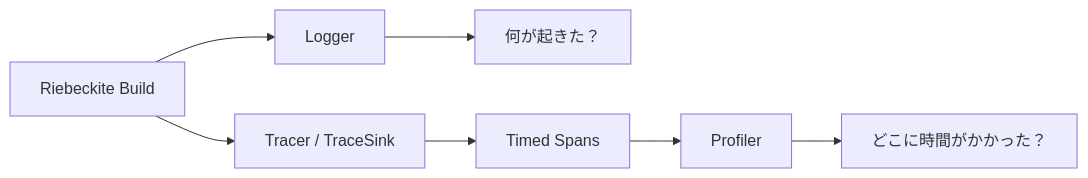
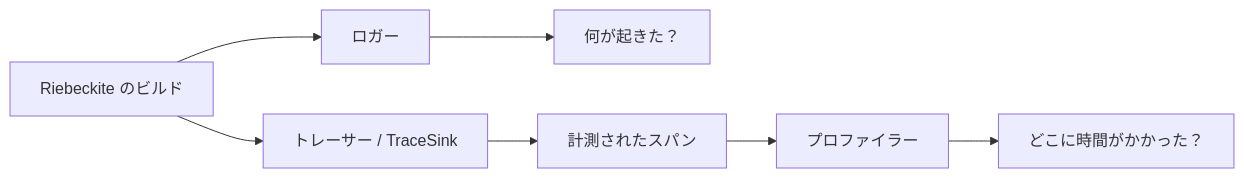
The first of 5 diagrams in docs/docs/framework/observability.ja.md (Rerurate514/riebeckite), drawn with Mermaid before and after one commit. The commit also changed other lines of this file and 310 other files, not shown here.

````diff
--- a/docs/docs/framework/observability.ja.md
+++ b/docs/docs/framework/observability.ja.md
@@ -15,12 +15,12 @@
 ```mermaid
 flowchart LR
-    R["Riebeckite Build"]
+    R["Riebeckite のビルド"]
 
-    R --> L["Logger"]
-    R --> T["Tracer / TraceSink"]
+    R --> L["ロガー"]
+    R --> T["トレーサー / TraceSink"]
 
     L --> LO["何が起きた？"]
-    T --> SP["Timed Spans"]
-    SP --> P["Profiler"]
+    T --> SP["計測されたスパン"]
+    SP --> P["プロファイラー"]
     P --> PO["どこに時間がかかった？"]
 ```
````
